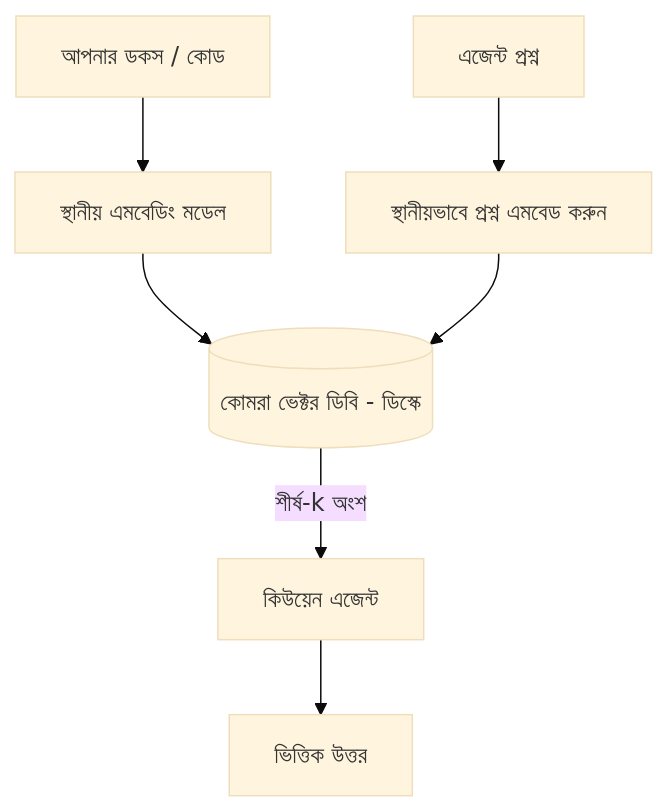
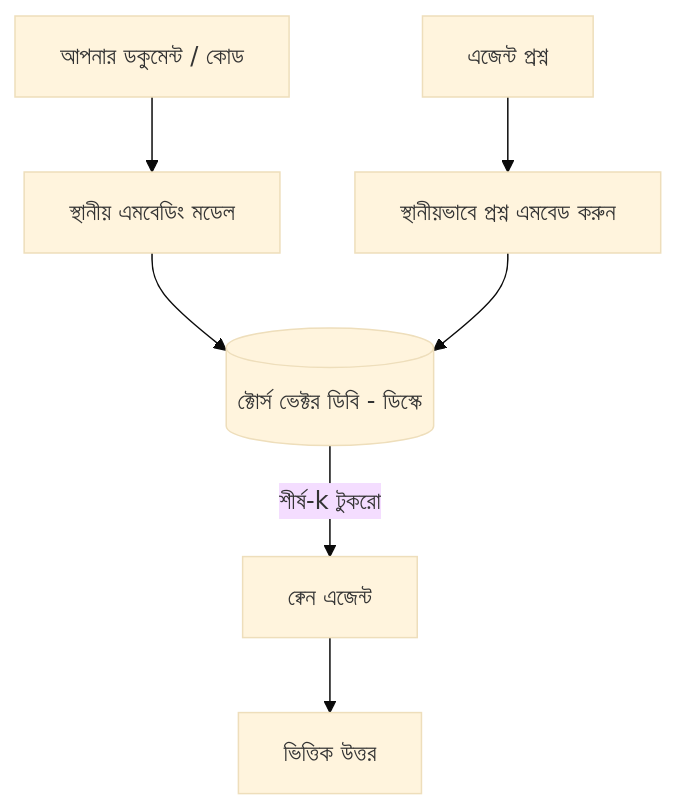
The third of 4 diagrams in translations/bn/17-creating-local-ai-agents/README.md (microsoft/ai-agents-for-beginners), drawn with Mermaid (base theme) before and after one commit. The commit also changed other lines of this file and 45 other files, not shown here.

````diff
--- a/translations/bn/17-creating-local-ai-agents/README.md
+++ b/translations/bn/17-creating-local-ai-agents/README.md
@@ -125,9 +125,9 @@
 ```mermaid
 flowchart TB
-    D[আপনার ডকস / কোড] --> E[স্থানীয় এমবেডিং মডেল]
-    E --> V[(কোমরা ভেক্টর ডিবি - ডিস্কে)]
+    D[আপনার ডকুমেন্ট / কোড] --> E[স্থানীয় এমবেডিং মডেল]
+    E --> V[(ক্টোর্স ভেক্টর ডিবি - ডিস্কে)]
     Q[এজেন্ট প্রশ্ন] --> QE[স্থানীয়ভাবে প্রশ্ন এমবেড করুন]
     QE --> V
-    V -->|শীর্ষ-k অংশ| A[কিউয়েন এজেন্ট]
+    V -->|শীর্ষ-k টুকরো| A[ক্বেন এজেন্ট]
     A --> Ans[ভিত্তিক উত্তর]
 ```
````
